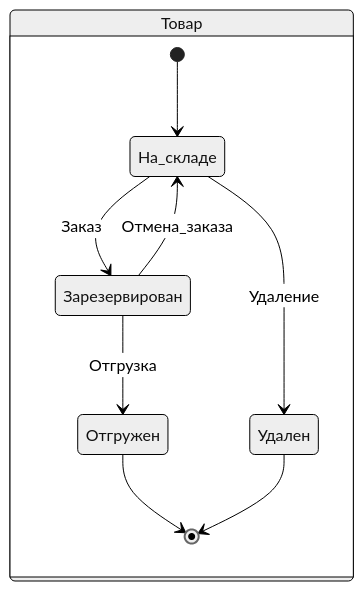
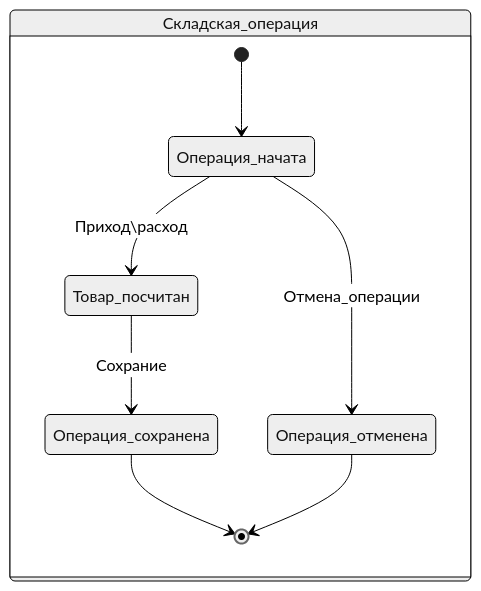
The seventh of 8 diagrams in README.md (PortnovAlex80/node_js_pro), drawn with Mermaid (neutral theme) before and after one commit. The commit also changed other lines of this file, not shown here.

````diff
--- a/README.md
+++ b/README.md
@@ -981,12 +898,11 @@
 ```mermaid
 stateDiagram
-    state Товар {
-        [*] --> На_складе
-        На_складе --> Зарезервирован : Заказ
-        Зарезервирован --> Отгружен : Отгрузка
-        Отгружен --> [*]
-        На_складе --> Удален : Удаление
-        Удален --> [*]
-        Зарезервирован --> На_складе : Отмена_заказа
+    state Складская_операция {
+        [*] --> Операция_начата
+        Операция_начата --> Товар_посчитан : Приход\расход
+        Товар_посчитан --> Операция_сохранена : Сохрание
+        Операция_сохранена --> [*]
+        Операция_начата --> Операция_отменена : Отмена_операции
+         Операция_отменена --> [*]
     }
 ```
````
